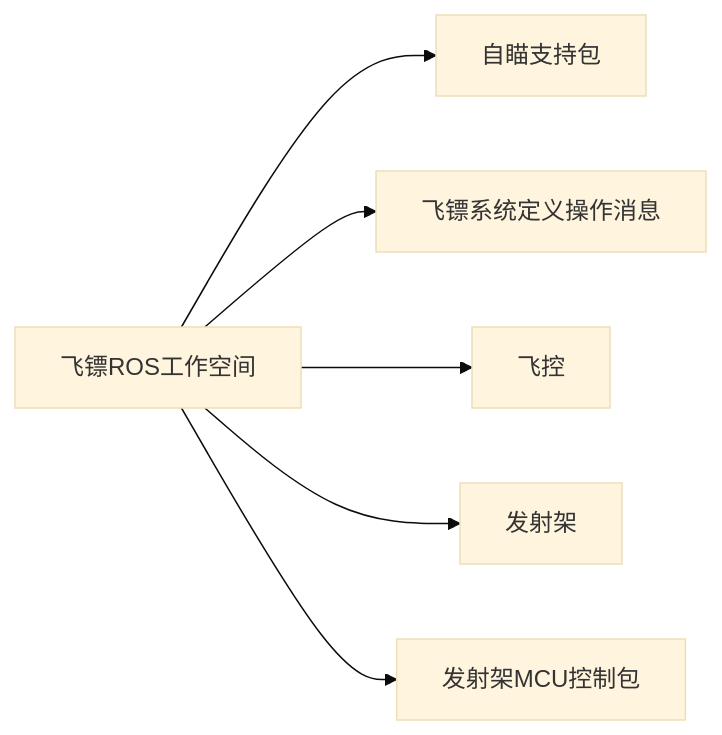
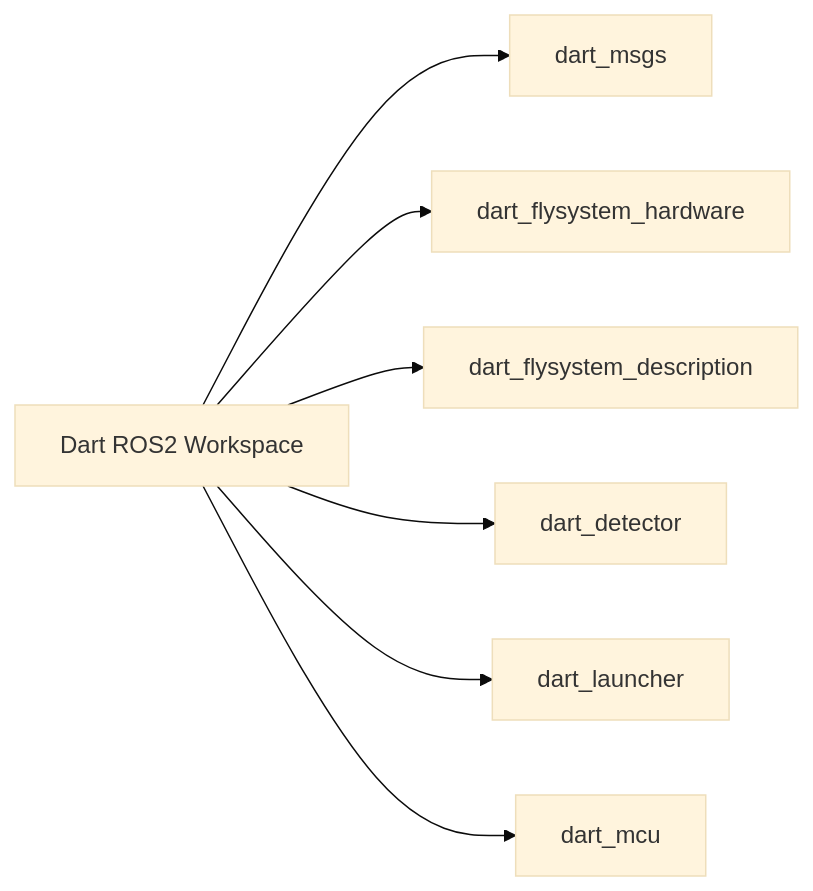
The first of 3 diagrams in README.md (CodeMax-aaaaa/dart-ros2-workspace), drawn with Mermaid (base theme) before and after one commit. The commit also changed other lines of this file and 5 other files, not shown here.

Commit message:
补充部分架构图

````diff
--- a/README.md
+++ b/README.md
@@ -4,8 +4,9 @@
 ```mermaid
 graph LR
-    A[飞镖ROS工作空间] --> B[自瞄支持包]
-    A --> C[飞镖系统定义操作消息]
-    A --> D[飞控]
-    A --> E[发射架]
-    A --> F[发射架MCU控制包]
+    A[Dart ROS2 Workspace] --> B[dart_msgs]
+    A --> C[dart_flysystem_hardware]
+    A --> D[dart_flysystem_description]
+    A --> E[dart_detector]
+    A --> F[dart_launcher]
+    A --> G[dart_mcu]
 ```
````
